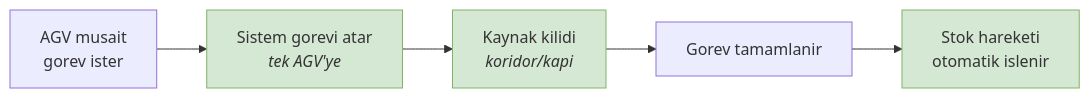
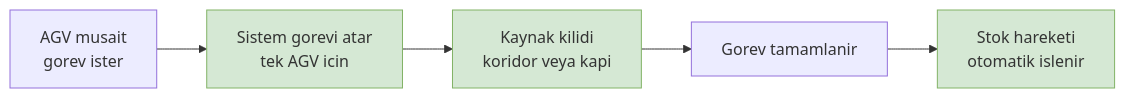
The second of 3 diagrams in docs/01-business-analysis.md (SenaKocaslan/fleetops), drawn with Mermaid before and after one commit. The commit also changed other lines of this file and 1 other file, not shown here.

````diff
--- a/docs/01-business-analysis.md
+++ b/docs/01-business-analysis.md
@@ -32,11 +32,11 @@
 ```mermaid
 flowchart LR
-    A["AGV musait<br/>gorev ister"] --> B["Sistem gorevi atar<br/><i>tek AGV'ye</i>"]
-    B --> C["Kaynak kilidi<br/><i>koridor/kapi</i>"]
+    A["AGV musait<br/>gorev ister"] --> B["Sistem gorevi atar<br/>tek AGV icin"]
+    B --> C["Kaynak kilidi<br/>koridor veya kapi"]
     C --> D["Gorev tamamlanir"]
     D --> E["Stok hareketi<br/>otomatik islenir"]
 
     style B fill:#d5e8d4,stroke:#82b366
     style C fill:#d5e8d4,stroke:#82b366
     style E fill:#d5e8d4,stroke:#82b366
 ```
````
